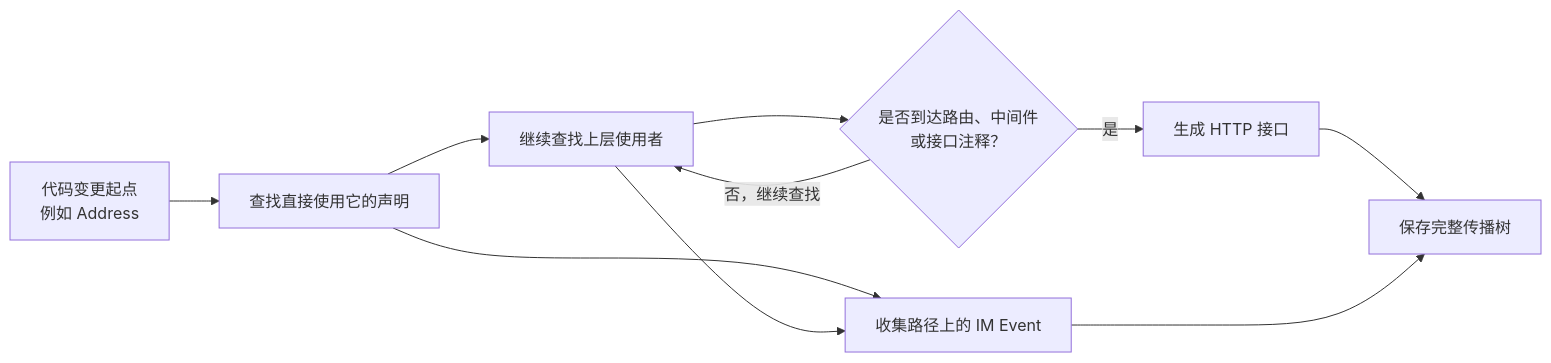
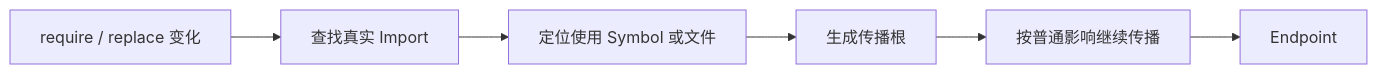
Before and after one commit to Flying-Bird1999/go-analyzer: diagram 16 of 17 in TECH-DESIGN-impact-analysis.md, drawn with Mermaid. The commit also changed other lines of this file and 1 other file, not shown here.

````diff
--- a/TECH-DESIGN-impact-analysis.md
+++ b/TECH-DESIGN-impact-analysis.md
@@ -760,18 +1056,11 @@
 ```mermaid
 flowchart LR
-    CHANGE["代码变更起点<br/>例如 Address"]
-    USERS["查找直接使用它的声明"]
-    MORE["继续查找上层使用者"]
-    BINDING{"是否到达路由、中间件<br/>或接口注释？"}
-    ENDPOINT["生成 HTTP 接口"]
-    IM["收集路径上的 IM Event"]
-    TREE["保存完整传播树"]
+    MOD["require / replace 变化"]
+    IMPORT["查找真实 Import"]
+    USAGE["定位使用 Symbol 或文件"]
+    CHANGE["生成传播根"]
+    WALK["按普通影响继续传播"]
+    ENDPOINT["Endpoint"]
 
-    CHANGE --> USERS --> MORE --> BINDING
-    BINDING -->|"是"| ENDPOINT
-    BINDING -->|"否，继续查找"| MORE
-    USERS --> IM
-    MORE --> IM
-    ENDPOINT --> TREE
-    IM --> TREE
+    MOD --> IMPORT --> USAGE --> CHANGE --> WALK --> ENDPOINT
 ```
````
